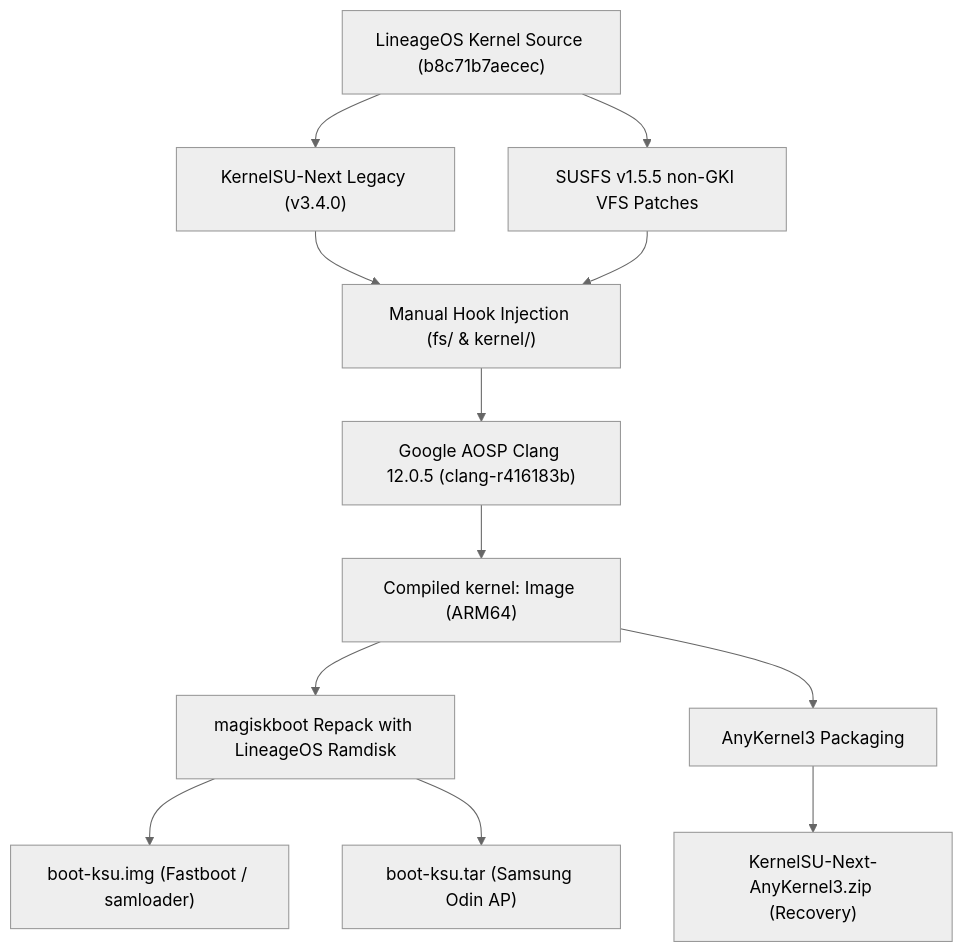
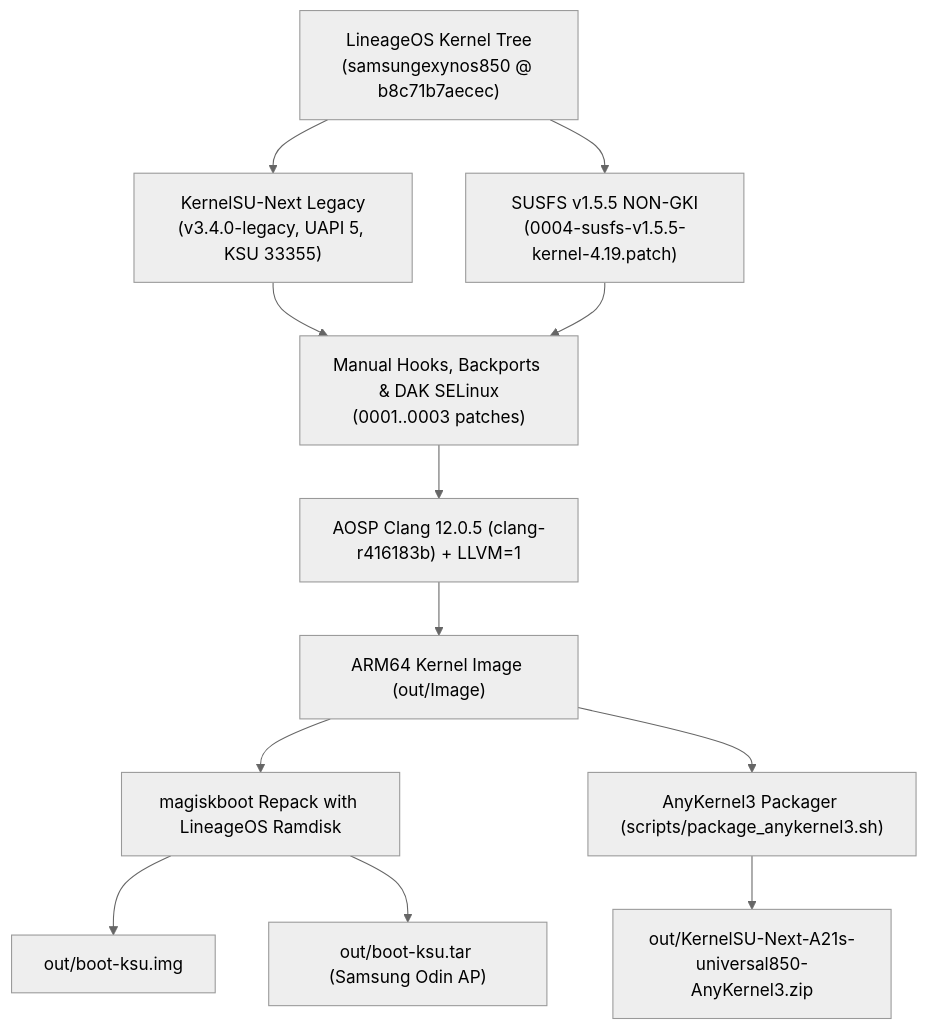
One commit to rebeeh/A21s-KernelSU-Next changed the diagram in docs/BUILD.md. Above: the diagram before and after it, drawn with Mermaid (neutral theme). The commit also changed other lines of this file and 10 other files, not shown here.

````diff
--- a/docs/BUILD.md
+++ b/docs/BUILD.md
@@ -20,13 +24,13 @@
 ```mermaid
 flowchart TD
-    A["LineageOS Kernel Source (b8c71b7aecec)"] --> B["KernelSU-Next Legacy (v3.4.0)"]
-    A --> C["SUSFS v1.5.5 non-GKI VFS Patches"]
-    B & C --> D["Manual Hook Injection (fs/ & kernel/)"]
-    D --> E["Google AOSP Clang 12.0.5 (clang-r416183b)"]
-    E --> F["Compiled kernel: Image (ARM64)"]
+    A["LineageOS Kernel Tree<br/>(samsungexynos850 @ b8c71b7aecec)"] --> B["KernelSU-Next Legacy<br/>(v3.4.0-legacy, UAPI 5, KSU 33355)"]
+    A --> C["SUSFS v1.5.5 NON-GKI<br/>(0004-susfs-v1.5.5-kernel-4.19.patch)"]
+    B & C --> D["Manual Hooks, Backports & DAK SELinux<br/>(0001..0003 patches)"]
+    D --> E["AOSP Clang 12.0.5 (clang-r416183b) + LLVM=1"]
+    E --> F["ARM64 Kernel Image (out/Image)"]
     F --> G["magiskboot Repack with LineageOS Ramdisk"]
-    G --> H["boot-ksu.img (Fastboot / samloader)"]
-    G --> I["boot-ksu.tar (Samsung Odin AP)"]
-    F --> J["AnyKernel3 Packaging"]
-    J --> K["KernelSU-Next-AnyKernel3.zip (Recovery)"]
+    G --> H["out/boot-ksu.img"]
+    G --> I["out/boot-ksu.tar (Samsung Odin AP)"]
+    F --> J["AnyKernel3 Packager (scripts/package_anykernel3.sh)"]
+    J --> K["out/KernelSU-Next-A21s-universal850-AnyKernel3.zip"]
 ```
````
